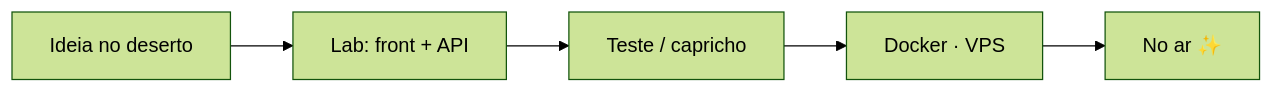
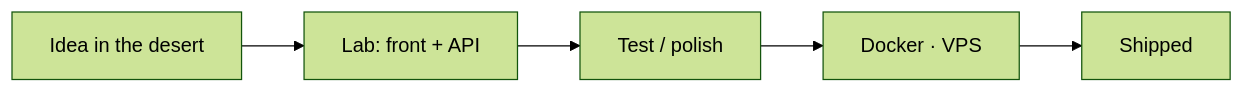
Before and after one commit to LucasRoseira/LucasRoseira: the diagram in README.md, drawn with Mermaid (forest theme). The commit also changed other lines of this file and 1 other file, not shown here.

````diff
--- a/README.md
+++ b/README.md
@@ -63,7 +68,7 @@
 ```mermaid
 flowchart LR
-  A["Ideia no deserto"] --> B["Lab: front + API"]
-  B --> C["Teste / capricho"]
+  A["Idea in the desert"] --> B["Lab: front + API"]
+  B --> C["Test / polish"]
   C --> D["Docker · VPS"]
-  D --> E["No ar ✨"]
+  D --> E["Shipped"]
 ```
````
